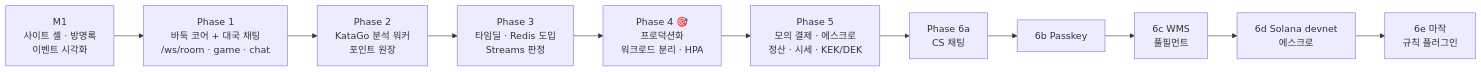
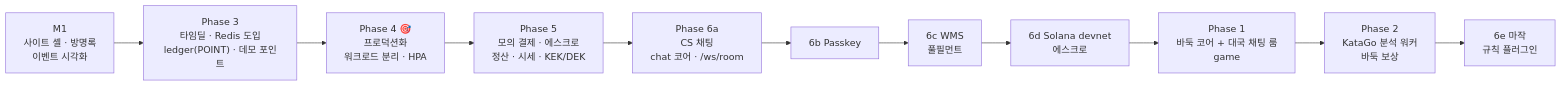
Before and after one commit to 1985jwlee/portpolio_backend: the first of 11 diagrams in docs/design/phases/00-platform-evolution.md, drawn with Mermaid. The commit also changed other lines of this file and 26 other files, not shown here.

````diff
--- a/docs/design/phases/00-platform-evolution.md
+++ b/docs/design/phases/00-platform-evolution.md
@@ -56,13 +65,13 @@
 ```mermaid
 flowchart LR
-    M1["M1<br/>사이트 셸 · 방명록<br/>이벤트 시각화"] --> P1["Phase 1<br/>바둑 코어 + 대국 채팅<br/>/ws/room · game · chat"]
-    P1 --> P2["Phase 2<br/>KataGo 분석 워커<br/>포인트 원장"]
-    P2 --> P3["Phase 3<br/>타임딜 · Redis 도입<br/>Streams 판정"]
+    M1["M1<br/>사이트 셸 · 방명록<br/>이벤트 시각화"] --> P3["Phase 3<br/>타임딜 · Redis 도입<br/>ledger(POINT) · 데모 포인트"]
     P3 --> P4["Phase 4 🎯<br/>프로덕션화<br/>워크로드 분리 · HPA"]
     P4 --> P5["Phase 5<br/>모의 결제 · 에스크로<br/>정산 · 시세 · KEK/DEK"]
-    P5 --> P6a["Phase 6a<br/>CS 채팅"]
+    P5 --> P6a["Phase 6a<br/>CS 채팅<br/>chat 코어 · /ws/room"]
     P6a --> P6b["6b Passkey"]
     P6b --> P6c["6c WMS<br/>풀필먼트"]
     P6c --> P6d["6d Solana devnet<br/>에스크로"]
-    P6d --> P6e["6e 마작<br/>규칙 플러그인"]
+    P6d --> P1["Phase 1<br/>바둑 코어 + 대국 채팅 룸<br/>game"]
+    P1 --> P2["Phase 2<br/>KataGo 분석 워커<br/>바둑 보상"]
+    P2 --> P6e["6e 마작<br/>규칙 플러그인"]
 ```
````
